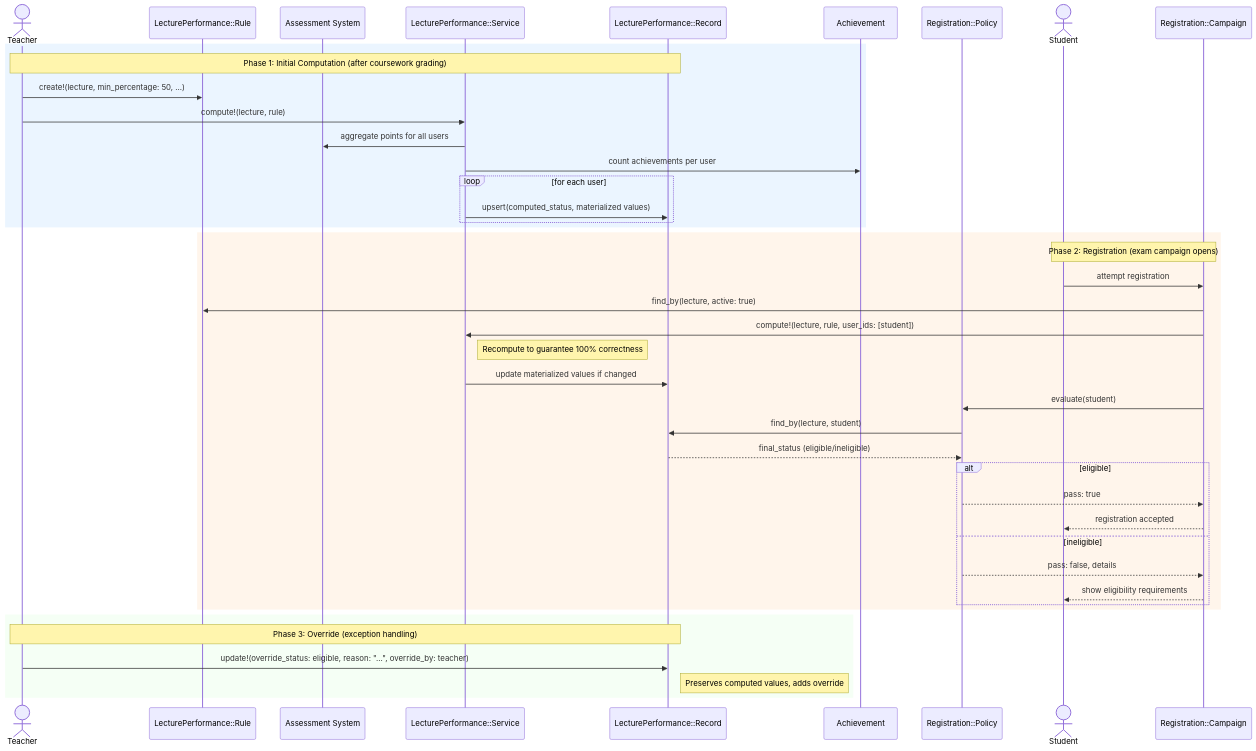
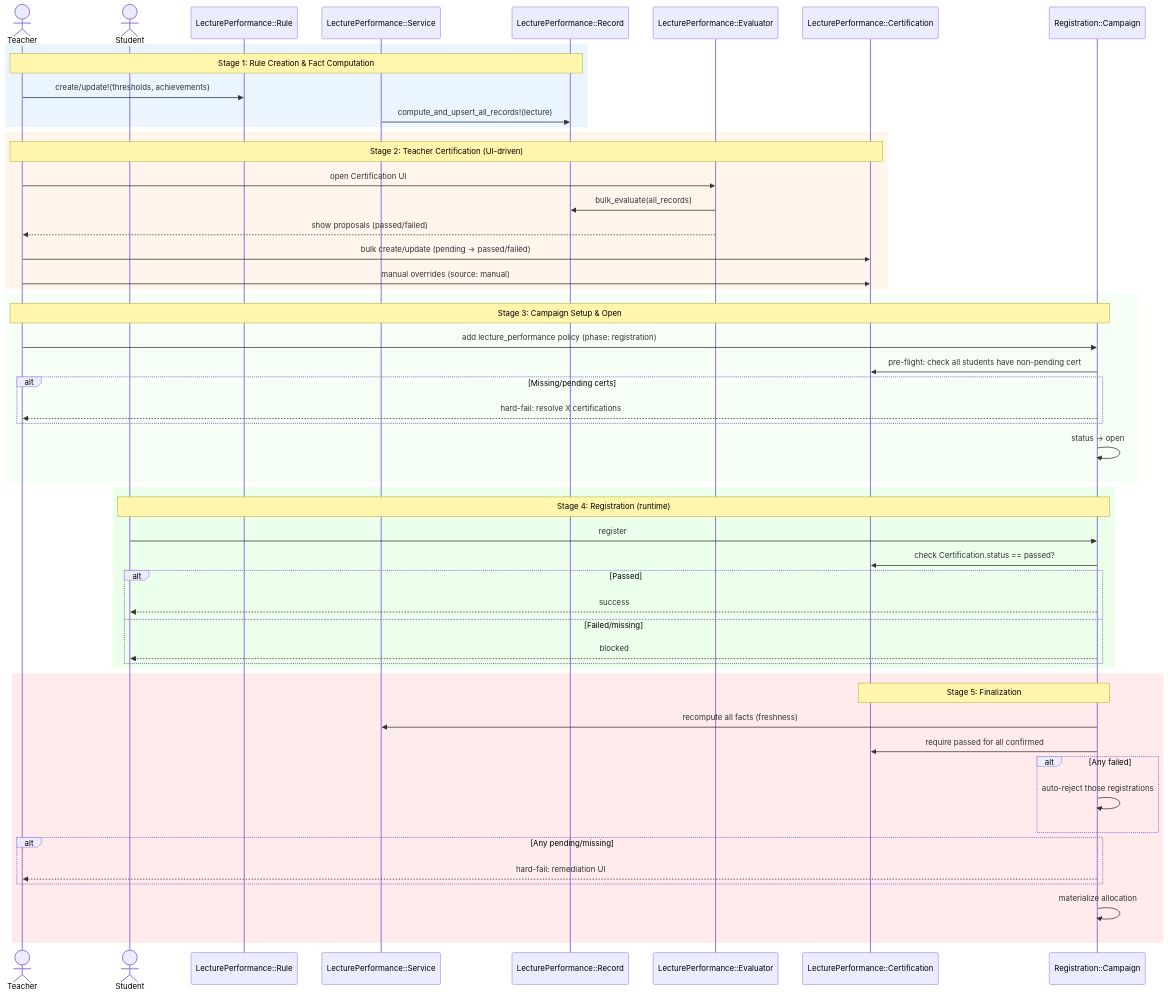
Before and after one commit to MaMpf-HD/mampf: the third of 3 diagrams in architecture/src/features/05-lecture-performance.md, drawn with Mermaid. The commit also changed other lines of this file and 12 other files, not shown here.

Commit message:
Revise exam registration

````diff
--- a/architecture/src/features/05-lecture-performance.md
+++ b/architecture/src/features/05-lecture-performance.md
@@ -1042,48 +848,60 @@
 ```mermaid
 sequenceDiagram
   actor Teacher
+  actor Student
   participant Rule as LecturePerformance::Rule
-  participant Coursework as Assessment System
   participant Service as LecturePerformance::Service
   participant Record as LecturePerformance::Record
-  participant Achievements as Achievement
-  participant Policy as Registration::Policy
-  actor Student
+  participant Evaluator as LecturePerformance::Evaluator
+  participant Cert as LecturePerformance::Certification
   participant Campaign as Registration::Campaign
 
   rect rgb(235, 245, 255)
-  note over Teacher,Record: Phase 1: Initial Computation (after coursework grading)
-  Teacher->>Rule: create!(lecture, min_percentage: 50, ...)
-  Teacher->>Service: compute!(lecture, rule)
-  Service->>Coursework: aggregate points for all users
-  Service->>Achievements: count achievements per user
-  loop for each user
-    Service->>Record: upsert(computed_status, materialized values)
+  note over Teacher,Record: Stage 1: Rule Creation & Fact Computation
+  Teacher->>Rule: create/update!(thresholds, achievements)
+  Service->>Record: compute_and_upsert_all_records!(lecture)
+  end
+
+  rect rgb(255, 245, 235)
+  note over Teacher,Cert: Stage 2: Teacher Certification (UI-driven)
+  Teacher->>Evaluator: open Certification UI
+  Evaluator->>Record: bulk_evaluate(all_records)
+  Evaluator-->>Teacher: show proposals (passed/failed)
+  Teacher->>Cert: bulk create/update (pending → passed/failed)
+  Teacher->>Cert: manual overrides (source: manual)
+  end
+
+  rect rgb(245, 255, 245)
+  note over Teacher,Campaign: Stage 3: Campaign Setup & Open
+  Teacher->>Campaign: add lecture_performance policy (phase: registration)
+  Campaign->>Cert: pre-flight: check all students have non-pending cert
+  alt Missing/pending certs
+    Campaign-->>Teacher: hard-fail: resolve X certifications
+  end
+  Campaign->>Campaign: status → open
+  end
+
+  rect rgb(235, 255, 235)
+  note over Student,Campaign: Stage 4: Registration (runtime)
+  Student->>Campaign: register
+  Campaign->>Cert: check Certification.status == passed?
+  alt Passed
+    Campaign-->>Student: success
+  else Failed/missing
+    Campaign-->>Student: blocked
   end
   end
 
-  rect rgb(255, 245, 235)
-  note over Student,Campaign: Phase 2: Registration (exam campaign opens)
-  Student->>Campaign: attempt registration
-  Campaign->>Rule: find_by(lecture, active: true)
-  Campaign->>Service: compute!(lecture, rule, user_ids: [student])
-  note right of Service: Recompute to guarantee 100% correctness
-  Service->>Record: update materialized values if changed
-  Campaign->>Policy: evaluate(student)
-  Policy->>Record: find_by(lecture, student)
-  Record-->>Policy: final_status (eligible/ineligible)
-  alt eligible
-    Policy-->>Campaign: pass: true
-    Campaign-->>Student: registration accepted
-  else ineligible
-    Policy-->>Campaign: pass: false, details
-    Campaign-->>Student: show eligibility requirements
+  rect rgb(255, 235, 235)
+  note over Campaign,Cert: Stage 5: Finalization
+  Campaign->>Service: recompute all facts (freshness)
+  Campaign->>Cert: require passed for all confirmed
+  alt Any failed
+    Campaign->>Campaign: auto-reject those registrations
   end
+  alt Any pending/missing
+    Campaign-->>Teacher: hard-fail: remediation UI
   end
-
-  rect rgb(245, 255, 245)
-  note over Teacher,Record: Phase 3: Override (exception handling)
-  Teacher->>Record: update!(override_status: eligible, reason: "...", override_by: teacher)
-  note right of Record: Preserves computed values, adds override
+  Campaign->>Campaign: materialize allocation
   end
 ```
````
